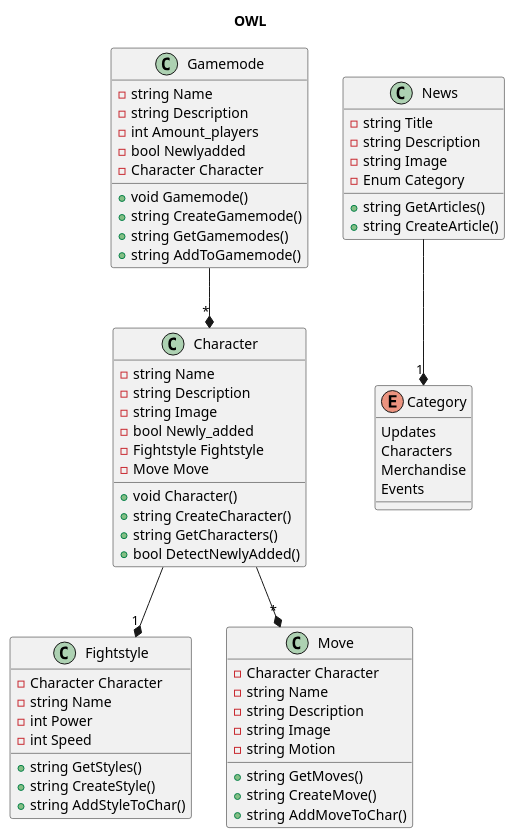
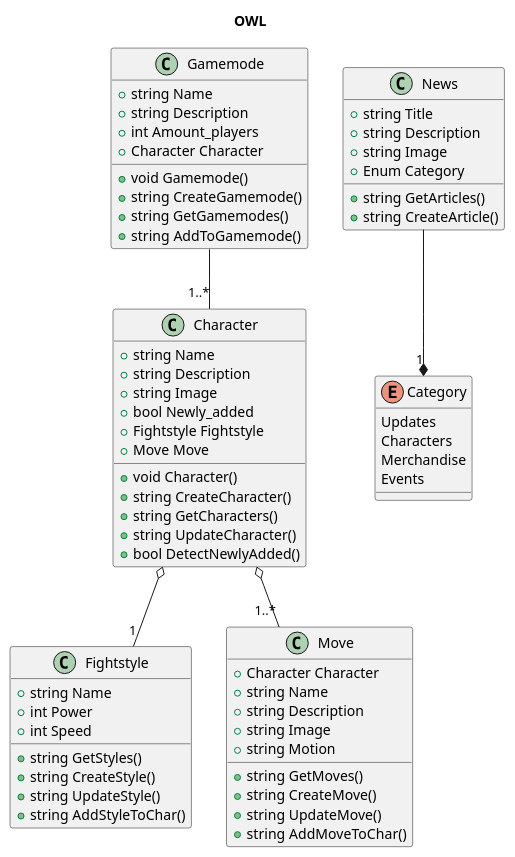
The diagram in diagram.puml (FreeGilio/Owlsite), drawn with PlantUML before and after one commit. The commit also changed 155 other files, not shown here.

First line of the commit message:
Architecture Core & DataAccess added

```diff
--- a/diagram.puml
+++ b/diagram.puml
@@ -1,78 +1,79 @@
 @startuml OWL
 
 title OWL
 
 class Gamemode {
-    - string Name
-    - string Description
-    - int Amount_players
-    - bool Newlyadded
-    - Character Character
+    + string Name
+    + string Description
+    + int Amount_players
+    + Character Character
 
     + void Gamemode()
     + string CreateGamemode()
     + string GetGamemodes()
     + string AddToGamemode()
 }
 
 
 class Character {
-    - string Name
-    - string Description
-    - string Image
-    - bool Newly_added
-    - Fightstyle Fightstyle
-    - Move Move
+    + string Name
+    + string Description
+    + string Image
+    + bool Newly_added
+    + Fightstyle Fightstyle
+    + Move Move
 
     + void Character()
     + string CreateCharacter()
     + string GetCharacters()
+    + string UpdateCharacter()
     + bool DetectNewlyAdded()
 }
 
 class Fightstyle {
-    - Character Character
-    - string Name
-    - int Power
-    - int Speed
+    + string Name
+    + int Power
+    + int Speed
 
     + string GetStyles()
     + string CreateStyle()
+    + string UpdateStyle()
     + string AddStyleToChar()
 }
 
 class Move {
-    - Character Character
-    - string Name
-    - string Description
-    - string Image
-    - string Motion
+    + Character Character
+    + string Name
+    + string Description
+    + string Image
+    + string Motion
 
     + string GetMoves()
     + string CreateMove()
+    + string UpdateMove()
     + string AddMoveToChar()
 }
 
 class News {
-    - string Title
-    - string Description
-    - string Image
-    - Enum Category
+    + string Title
+    + string Description
+    + string Image
+    + Enum Category
 
     + string GetArticles()
     + string CreateArticle()
 }
 
 enum Category {
     Updates
     Characters
     Merchandise
     Events
 }
 
-Character --* "*" Move
-Character --* "1" Fightstyle
+Character o-- "1..*" Move
+Character o-- "1" Fightstyle
 News --* "1" Category
-Gamemode --* "*" Character
+Gamemode -- "1..*" Character
 
 @enduml
```
